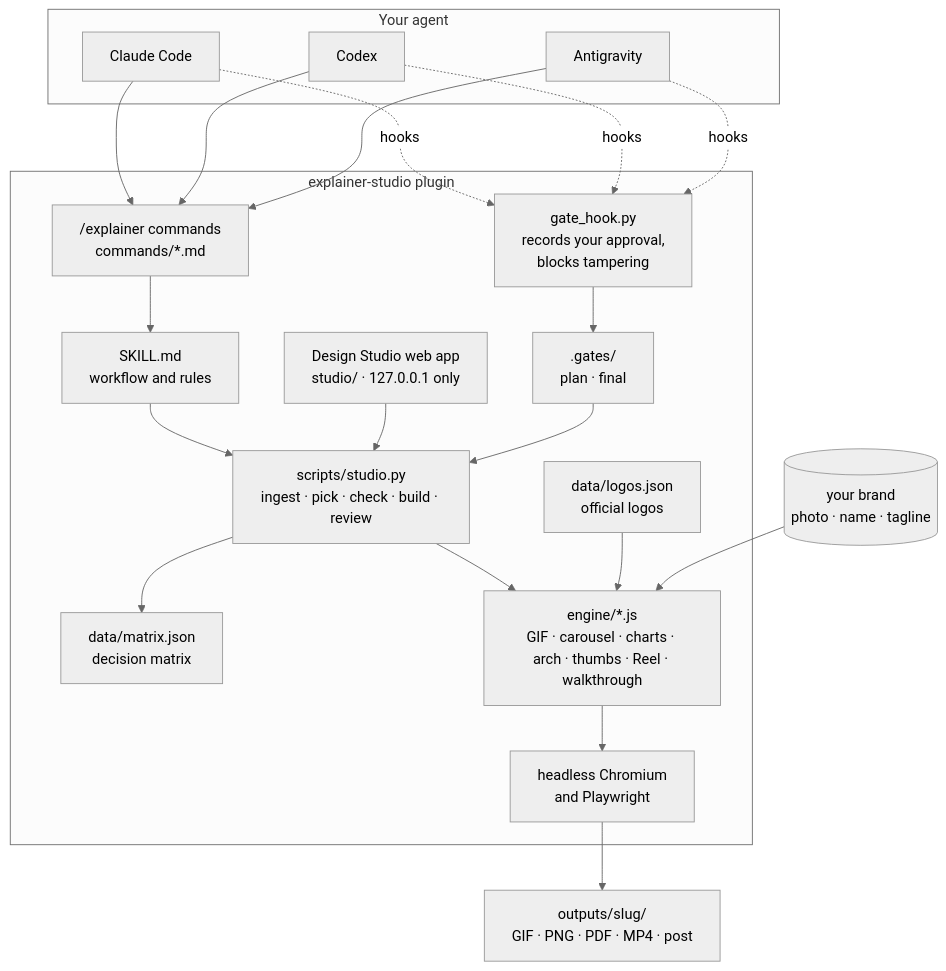
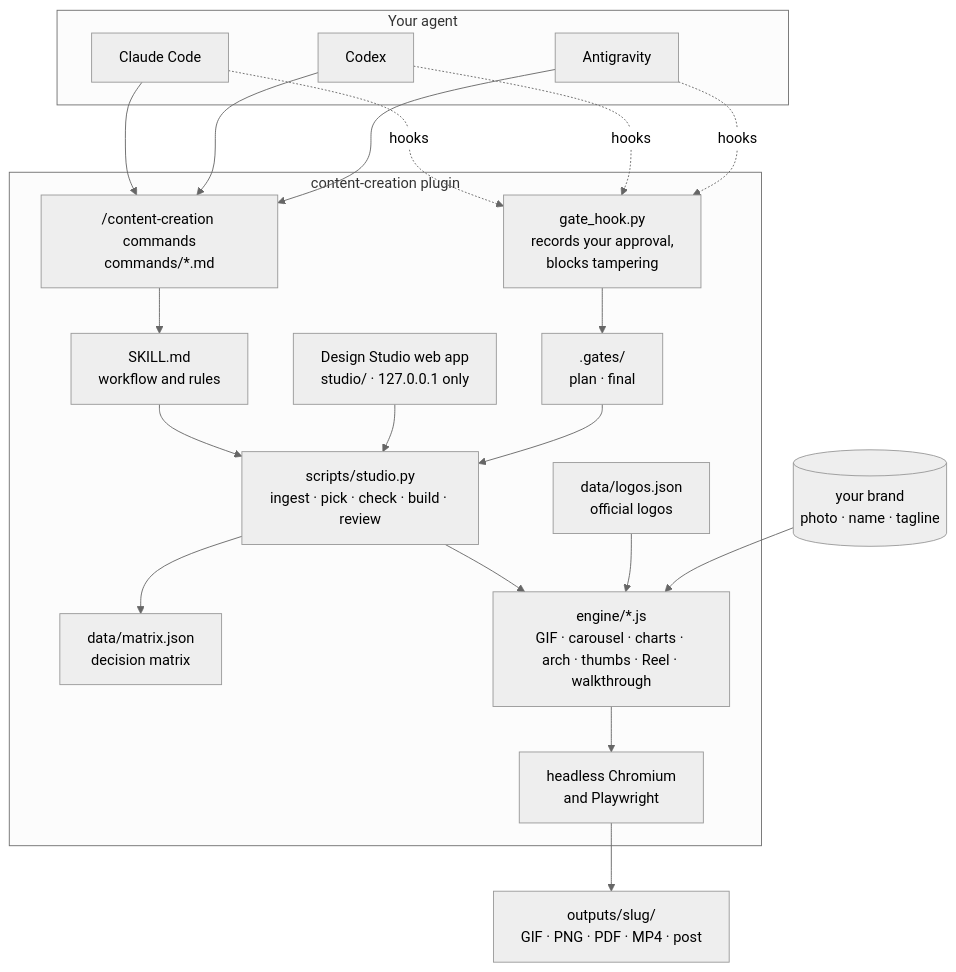
Before and after one commit to sarveshtalele/content-creation: the second of 2 diagrams in README.md, drawn with Mermaid (neutral theme). The commit also changed other lines of this file and 333 other files, not shown here.

First line of the commit message:
Rename to content-creation, the GitHub repository name; packages and full docs (4.0.0)

````diff
--- a/README.md
+++ b/README.md
@@ -155,23 +155,23 @@
 ```mermaid
 flowchart TB
   subgraph Agents["Your agent"]
     CC[Claude Code]
     CX[Codex]
     AG[Antigravity]
   end
-  subgraph Plugin["explainer-studio plugin"]
-    CMD["/explainer commands<br/>commands/*.md"] --> SK["SKILL.md<br/>workflow and rules"]
+  subgraph Plugin["content-creation plugin"]
+    CMD["/content-creation commands<br/>commands/*.md"] --> SK["SKILL.md<br/>workflow and rules"]
     SK --> PY["scripts/studio.py<br/>ingest · pick · check · build · review"]
     PY --> MX["data/matrix.json<br/>decision matrix"]
     PY --> EN["engine/*.js<br/>GIF · carousel · charts · arch · thumbs · Reel · walkthrough"]
     EN --> CH["headless Chromium<br/>and Playwright"]
     APP["Design Studio web app<br/>studio/ · 127.0.0.1 only"] --> PY
     HK["gate_hook.py<br/>records your approval,<br/>blocks tampering"] --> GT[".gates/<br/>plan · final"]
     GT --> PY
     LG["data/logos.json<br/>official logos"] --> EN
   end
   CC & CX & AG --> CMD
   CC & CX & AG -. hooks .-> HK
   CH --> OUT["outputs/slug/<br/>GIF · PNG · PDF · MP4 · post"]
   BR[(your brand<br/>photo · name · tagline)] --> EN
 ```
````
